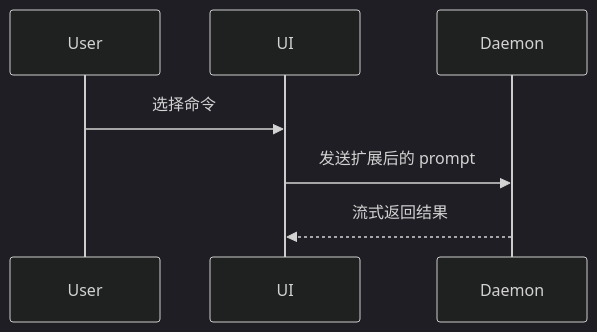
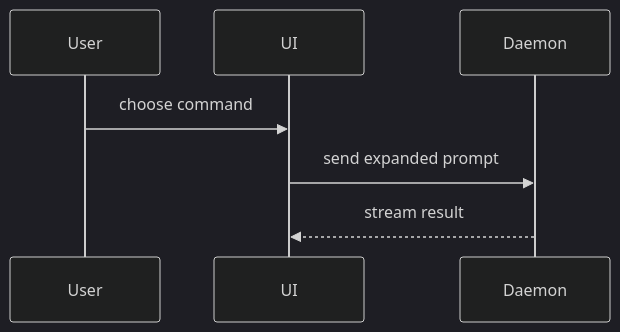
Before and after one commit to cswfww123/wen-engineering: the diagram in skills/pr/SKILL.md, drawn with Mermaid (dark theme). The commit also changed other lines of this file and 26 other files, not shown here.

````diff
--- a/skills/pr/SKILL.md
+++ b/skills/pr/SKILL.md
@@ -84,9 +83,9 @@
 ```mermaid
 sequenceDiagram
     participant User
     participant UI
     participant Daemon
-    User->>UI: 选择命令
-    UI->>Daemon: 发送扩展后的 prompt
-    Daemon-->>UI: 流式返回结果
+    User->>UI: choose command
+    UI->>Daemon: send expanded prompt
+    Daemon-->>UI: stream result
 ```
````
